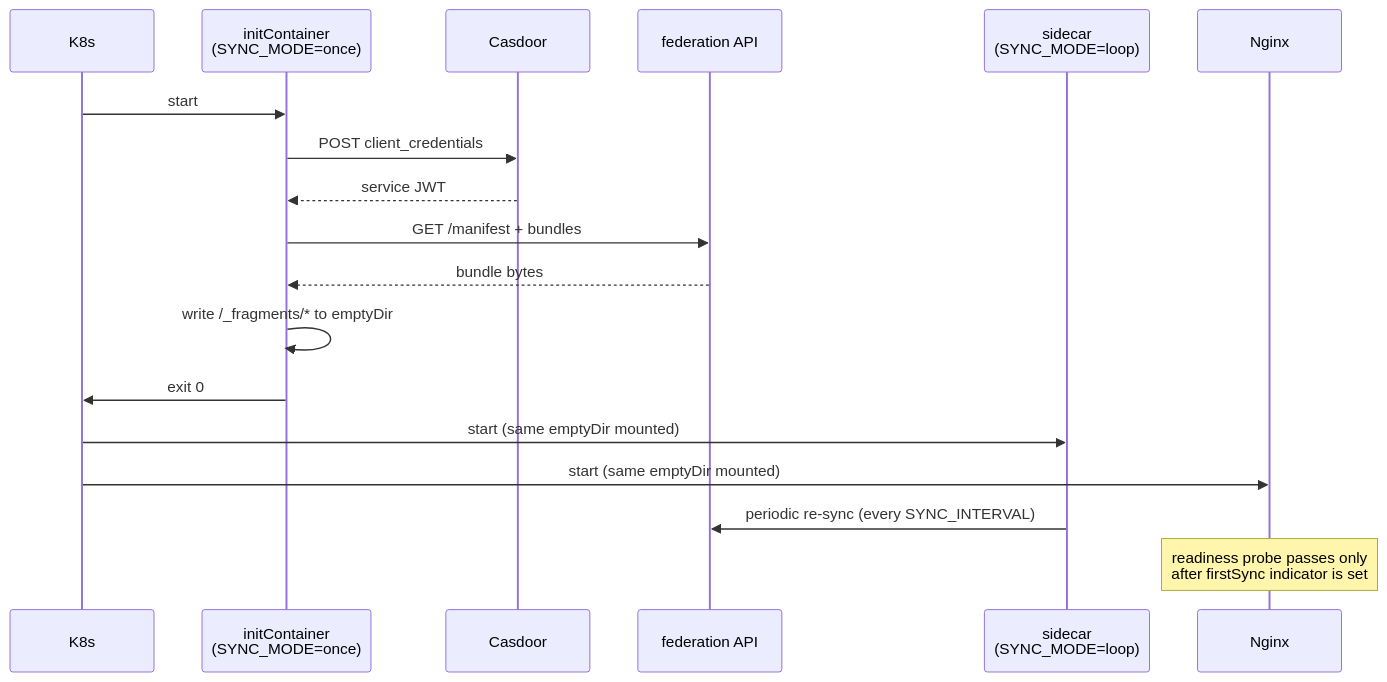
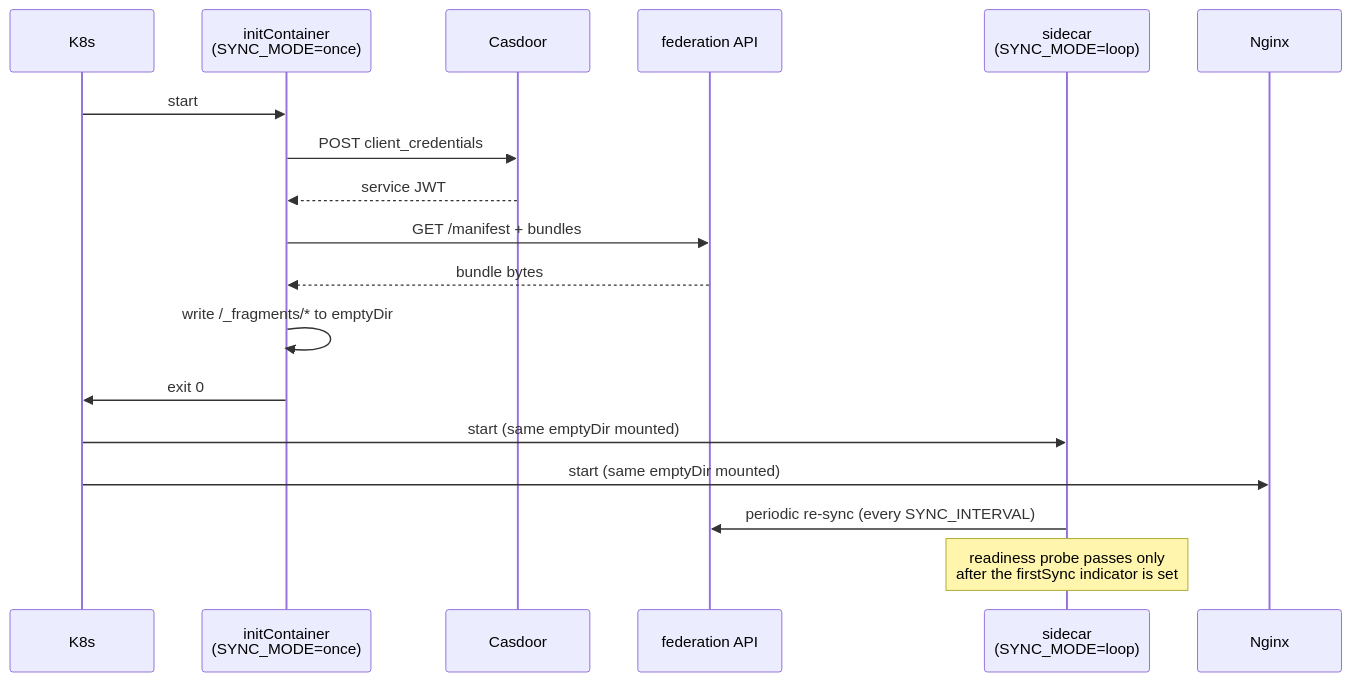
One commit to hugmesh/hugmesh.github.io changed the second of 2 diagrams in content/architecture/remote-fragment.md. Above: the diagram before and after it, drawn with Mermaid. The commit also changed other lines of this file and 166 other files, not shown here.

````diff
--- a/content/architecture/remote-fragment.md
+++ b/content/architecture/remote-fragment.md
@@ -61,21 +61,21 @@
 ```mermaid
 sequenceDiagram
     participant K8s
     participant Init as initContainer<br/>(SYNC_MODE=once)
     participant Casdoor
     participant Fed as federation API
     participant Sidecar as sidecar<br/>(SYNC_MODE=loop)
     participant Nginx
 
     K8s->>Init: start
     Init->>Casdoor: POST client_credentials
     Casdoor-->>Init: service JWT
     Init->>Fed: GET /manifest + bundles
     Fed-->>Init: bundle bytes
     Init->>Init: write /_fragments/* to emptyDir
     Init->>K8s: exit 0
     K8s->>Sidecar: start (same emptyDir mounted)
     K8s->>Nginx: start (same emptyDir mounted)
     Sidecar->>Fed: periodic re-sync (every SYNC_INTERVAL)
-    Note over Nginx: readiness probe passes only<br/>after firstSync indicator is set
+    Note over Sidecar: readiness probe passes only<br/>after the firstSync indicator is set
 ```
````
